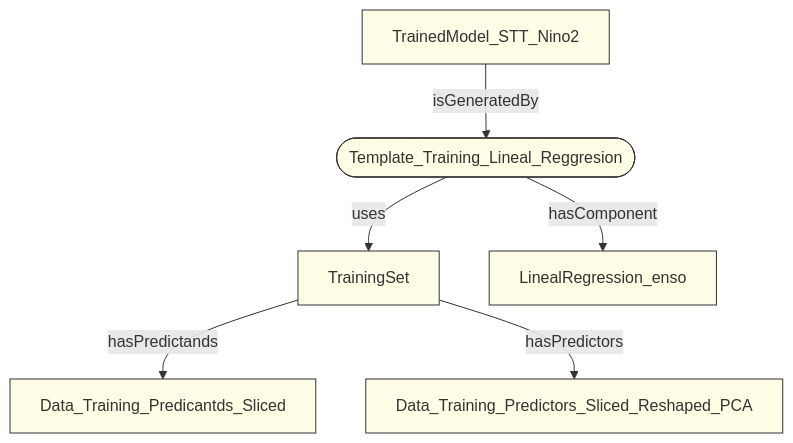
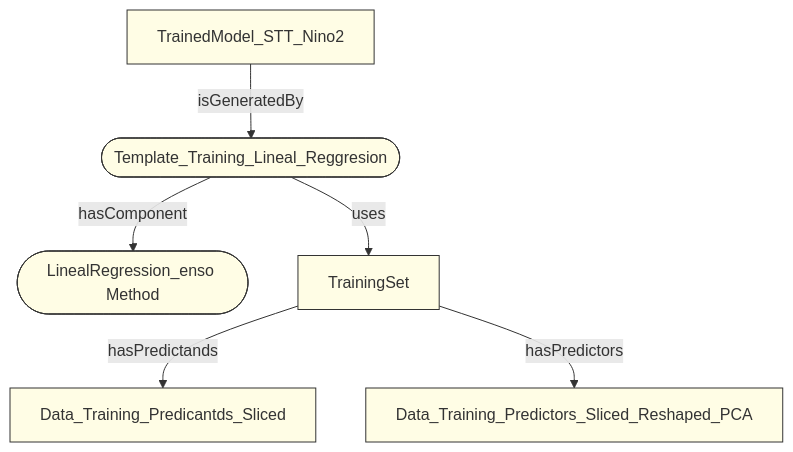
The diagram in examples/autots/figures/pplan/lineal-regression.mmd (KnowledgeCaptureAndDiscovery/pmlm), drawn with Mermaid before and after one commit. The commit also changed 7 other files, not shown here.

```diff
--- a/examples/autots/figures/pplan/lineal-regression.mmd
+++ b/examples/autots/figures/pplan/lineal-regression.mmd
@@ -1,22 +1,24 @@
 graph
 Template_Training_Lineal_Reggresion([Template_Training_Lineal_Reggresion])
+
+LinealRegression_enso([LinealRegression_enso Method])
 
 Template_Training_Lineal_Reggresion -->|uses| TrainingSet
 Template_Training_Lineal_Reggresion -->|hasComponent| LinealRegression_enso
 TrainedModel_STT_Nino2  -->|isGeneratedBy| Template_Training_Lineal_Reggresion
 TrainingSet -->|hasPredictands| Data_Training_Predicantds_Sliced
 TrainingSet -->|hasPredictors| Data_Training_Predictors_Sliced_Reshaped_PCA
 
 
 
 classDef entity fill:#FFFDE5,stroke:#333,stroke-width:1px
 classDef activity fill:#CFCEFB,stroke:#333,stroke-width:1px;
 
 class Template_Training_Lineal_Reggresion activity
 class TrainingSet entity;
 class LinealRegression_enso entity;
 class TrainedModel_STT_Nino2 entity;
 class Data_Training_Predicantds_Sliced entity;
 class Data_Training_Predictors_Sliced_Reshaped_PCA entity;
 
 class Template_Training_Lineal_Reggresion entity;
```
